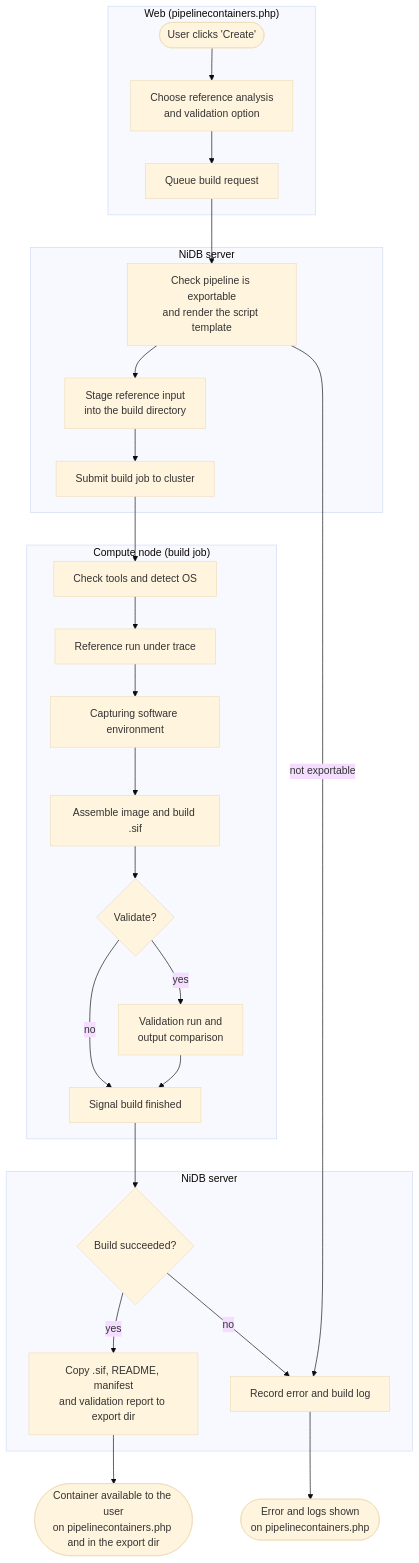
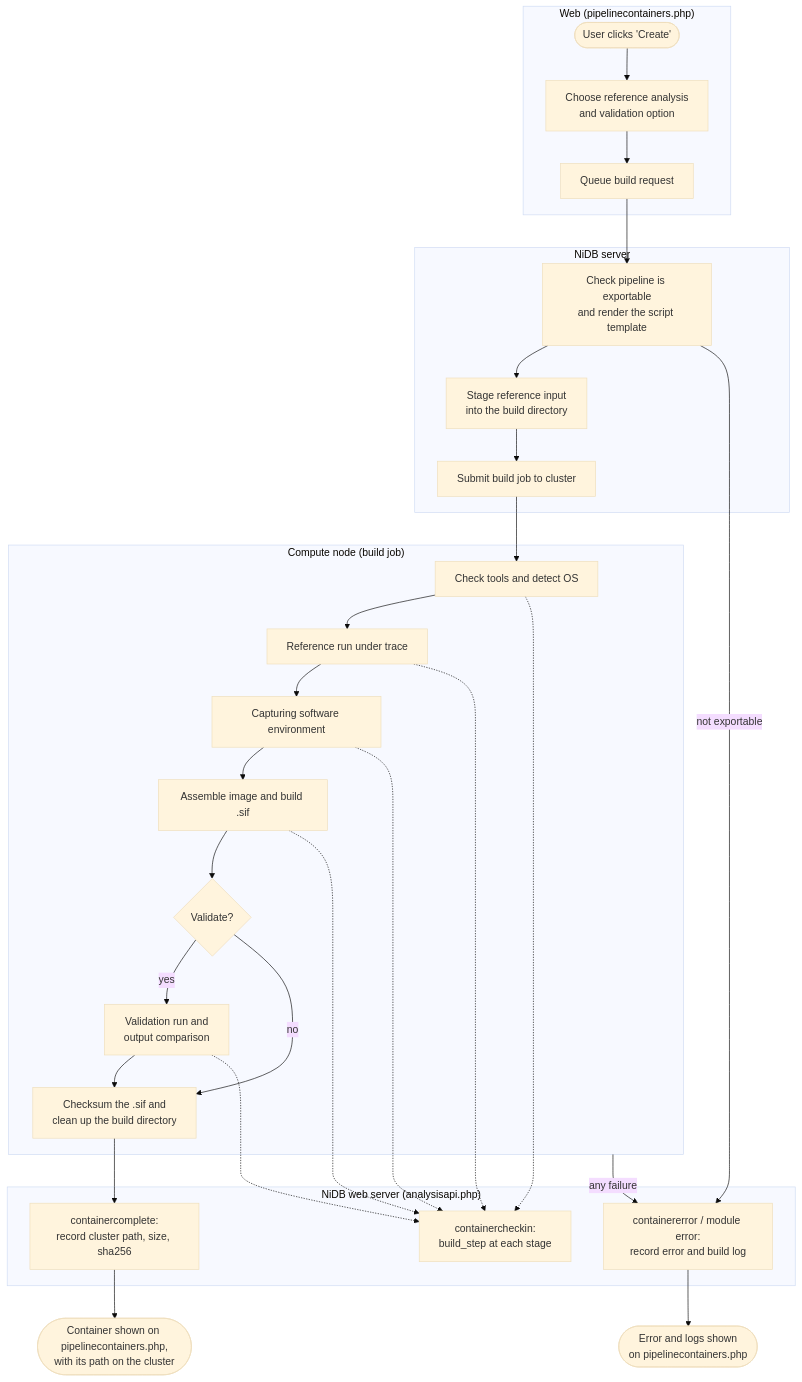
Before and after one commit to gbook/nidb: the diagram in doc/pipeline-apptainer.md, drawn with Mermaid (base theme). The commit also changed other lines of this file and 6 other files, not shown here.

````diff
--- a/doc/pipeline-apptainer.md
+++ b/doc/pipeline-apptainer.md
@@ -292,37 +310,43 @@
 ```mermaid
 flowchart TD
     subgraph WEB["Web (pipelinecontainers.php)"]
         A([User clicks 'Create']) --> B[Choose reference analysis<br/>and validation option]
         B --> C[Queue build request]
     end
 
     subgraph SRV1["NiDB server"]
         D[Check pipeline is exportable<br/>and render the script template]
         D --> E[Stage reference input<br/>into the build directory]
         E --> F[Submit build job to cluster]
     end
 
     subgraph NODE["Compute node (build job)"]
         G[Check tools and detect OS]
         G --> H[Reference run under trace]
         H --> I[Capturing software environment]
         I --> J[Assemble image and build .sif]
         J --> K{Validate?}
         K -- yes --> L[Validation run and<br/>output comparison]
-        K -- no --> M[Signal build finished]
+        K -- no --> M[Checksum the .sif and<br/>clean up the build directory]
         L --> M
     end
 
-    subgraph SRV2["NiDB server"]
-        N{Build succeeded?}
-        N -- yes --> O[Copy .sif, README, manifest<br/>and validation report to export dir]
-        N -- no --> P[Record error and build log]
+    subgraph API["NiDB web server (analysisapi.php)"]
+        S[containercheckin:<br/>build_step at each stage]
+        O[containercomplete:<br/>record cluster path, size, sha256]
+        P[containererror / module error:<br/>record error and build log]
     end
 
     C --> D
     D -- not exportable --> P
     F --> G
-    M --> N
-    O --> Q([Container available to the user<br/>on pipelinecontainers.php and in the export dir])
+    G -.-> S
+    H -.-> S
+    I -.-> S
+    J -.-> S
+    L -.-> S
+    M --> O
+    NODE -- any failure --> P
+    O --> Q([Container shown on pipelinecontainers.php,<br/>with its path on the cluster])
     P --> R([Error and logs shown<br/>on pipelinecontainers.php])
 ```
````
